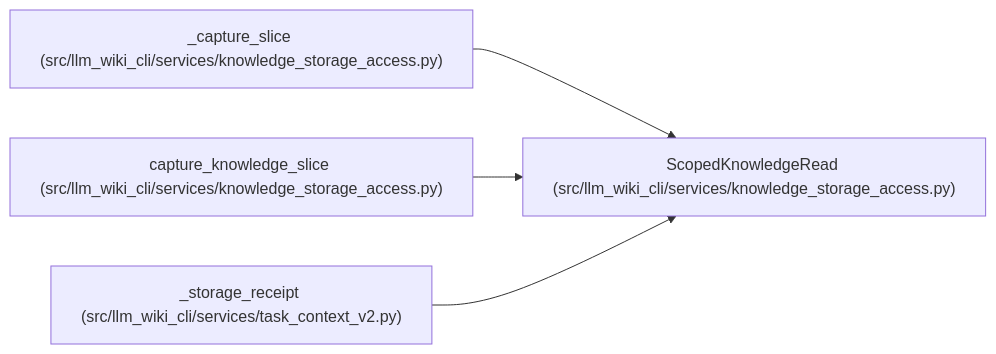
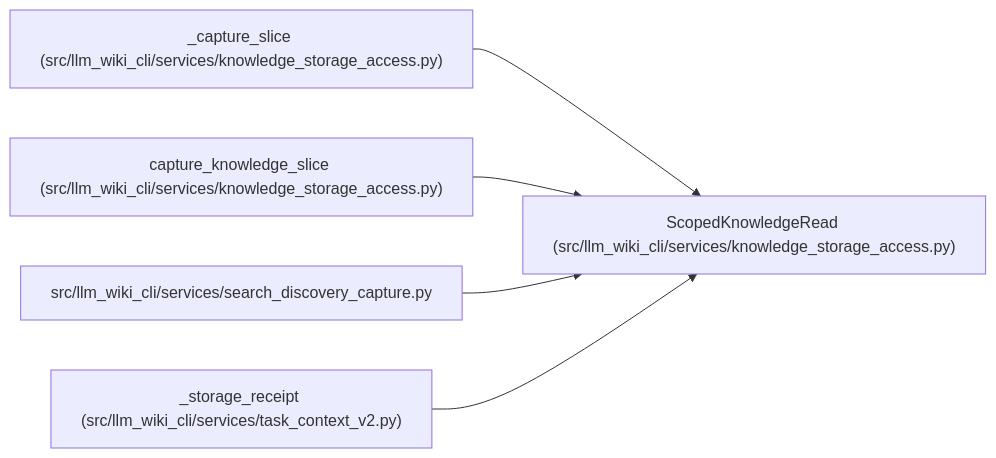
The diagram in docs/llm_wiki/entities/ScopedKnowledgeRead.md (Denissvgn/python-wiki-llm), drawn with Mermaid before and after one commit. The commit also changed other lines of this file and 450 other files, not shown here.

````diff
--- a/docs/llm_wiki/entities/ScopedKnowledgeRead.md
+++ b/docs/llm_wiki/entities/ScopedKnowledgeRead.md
@@ -35,14 +35,17 @@
 ```mermaid
 flowchart LR
     n0["ScopedKnowledgeRead (src/llm_wiki_cli/services/knowledge_storage_access.py)"]
     n1["_capture_slice (src/llm_wiki_cli/services/knowledge_storage_access.py)"]
     n2["capture_knowledge_slice (src/llm_wiki_cli/services/knowledge_storage_access.py)"]
-    n3["_storage_receipt (src/llm_wiki_cli/services/task_context_v2.py)"]
+    n3["src/llm_wiki_cli/services/search_discovery_capture.py"]
+    n4["_storage_receipt (src/llm_wiki_cli/services/task_context_v2.py)"]
     n1 --> n0
     n2 --> n0
     n3 --> n0
+    n4 --> n0
     click n0 "../modules/knowledge_storage_access.md"
     click n1 "../modules/knowledge_storage_access.md"
     click n2 "../modules/knowledge_storage_access.md"
-    click n3 "../modules/task_context_v2.md"
+    click n3 "../modules/search_discovery_capture.md"
+    click n4 "../modules/task_context_v2.md"
 ```
````
